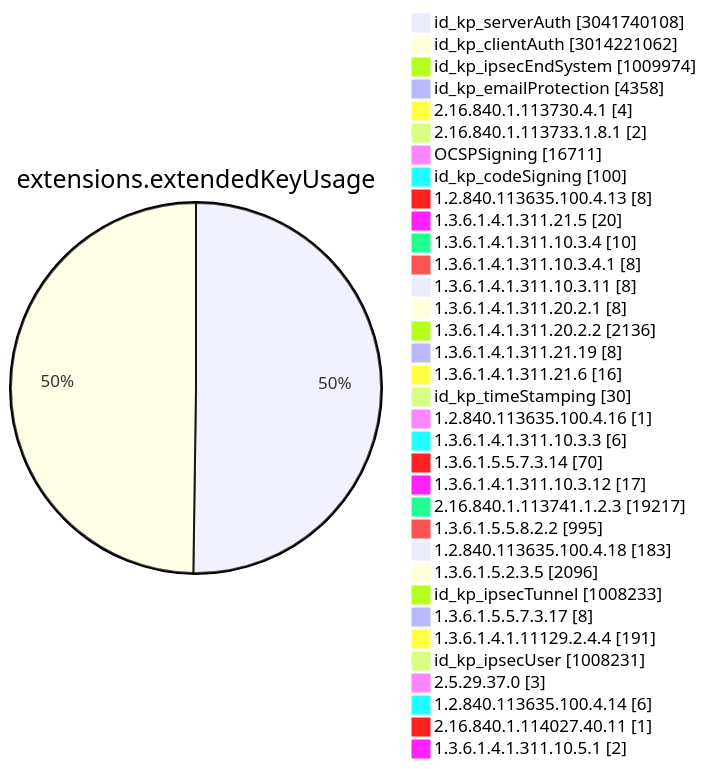
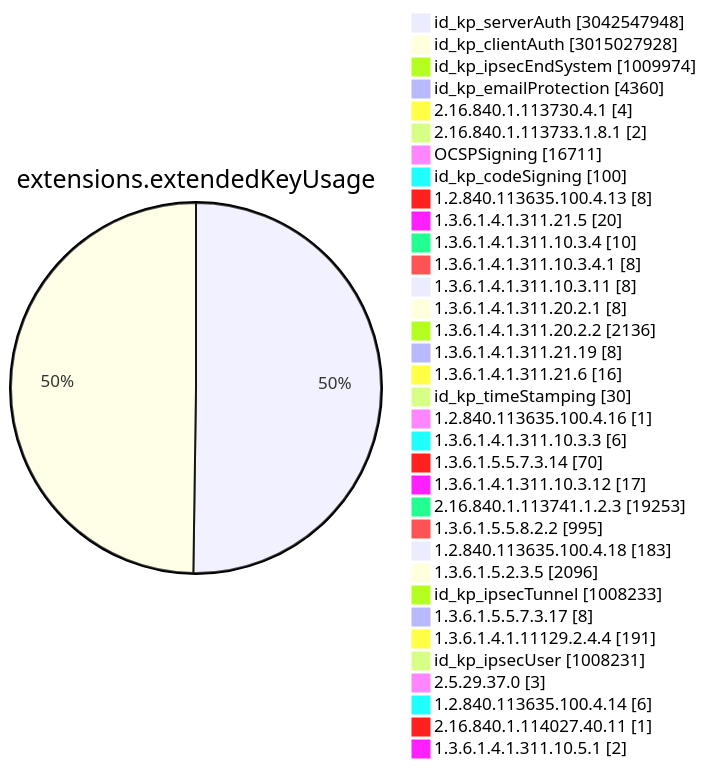
One commit to christiankrug/ctmonitor_visualization changed diagram 11 of 15 in TOTAL/README.md. Above: the diagram before and after it, drawn with Mermaid. The commit also changed other lines of this file, not shown here.

````diff
--- a/TOTAL/README.md
+++ b/TOTAL/README.md
@@ -4113,38 +4115,38 @@
 ```mermaid
 pie showData
 title extensions.extendedKeyUsage
-"id_kp_serverAuth" :3041740108
-"id_kp_clientAuth" :3014221062
+"id_kp_serverAuth" :3042547948
+"id_kp_clientAuth" :3015027928
 "id_kp_ipsecEndSystem" :1009974
-"id_kp_emailProtection" :4358
+"id_kp_emailProtection" :4360
 "2.16.840.1.113730.4.1" :4
 "2.16.840.1.113733.1.8.1" :2
 "OCSPSigning" :16711
 "id_kp_codeSigning" :100
 "1.2.840.113635.100.4.13" :8
 "1.3.6.1.4.1.311.21.5" :20
 "1.3.6.1.4.1.311.10.3.4" :10
 "1.3.6.1.4.1.311.10.3.4.1" :8
 "1.3.6.1.4.1.311.10.3.11" :8
 "1.3.6.1.4.1.311.20.2.1" :8
 "1.3.6.1.4.1.311.20.2.2" :2136
 "1.3.6.1.4.1.311.21.19" :8
 "1.3.6.1.4.1.311.21.6" :16
 "id_kp_timeStamping" :30
 "1.2.840.113635.100.4.16" :1
 "1.3.6.1.4.1.311.10.3.3" :6
 "1.3.6.1.5.5.7.3.14" :70
 "1.3.6.1.4.1.311.10.3.12" :17
-"2.16.840.1.113741.1.2.3" :19217
+"2.16.840.1.113741.1.2.3" :19253
 "1.3.6.1.5.5.8.2.2" :995
 "1.2.840.113635.100.4.18" :183
 "1.3.6.1.5.2.3.5" :2096
 "id_kp_ipsecTunnel" :1008233
 "1.3.6.1.5.5.7.3.17" :8
 "1.3.6.1.4.1.11129.2.4.4" :191
 "id_kp_ipsecUser" :1008231
 "2.5.29.37.0" :3
 "1.2.840.113635.100.4.14" :6
 "2.16.840.1.114027.40.11" :1
 "1.3.6.1.4.1.311.10.5.1" :2
 ```
````
